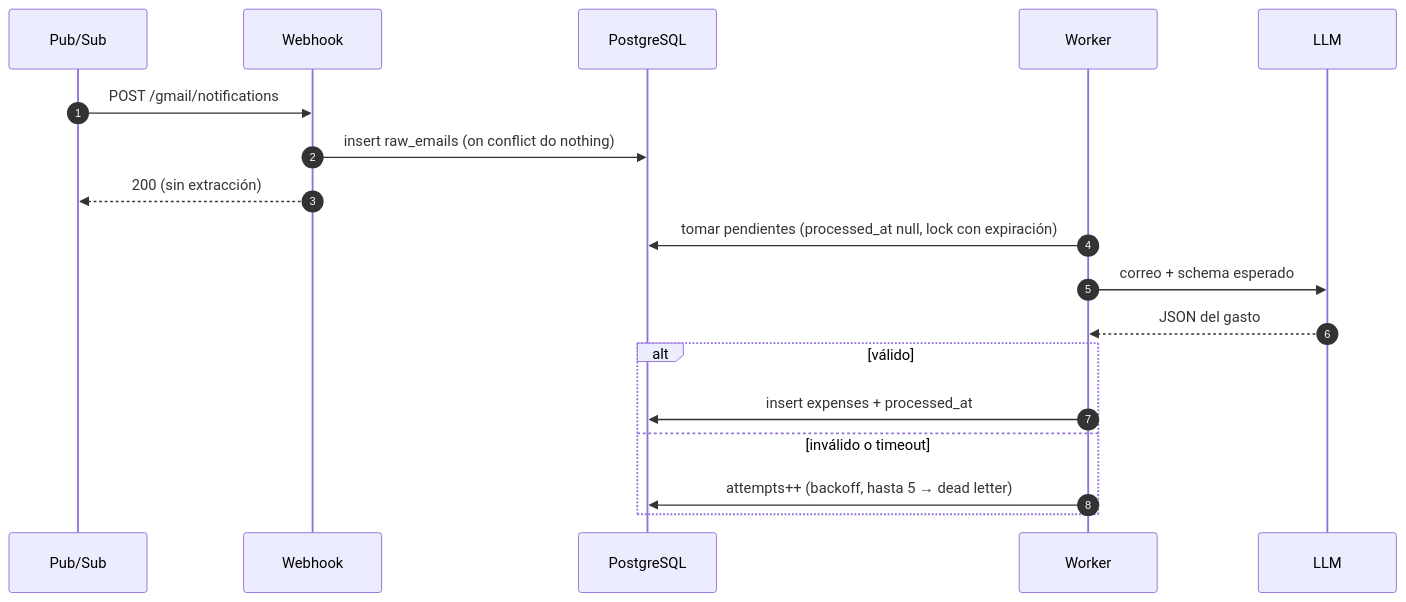
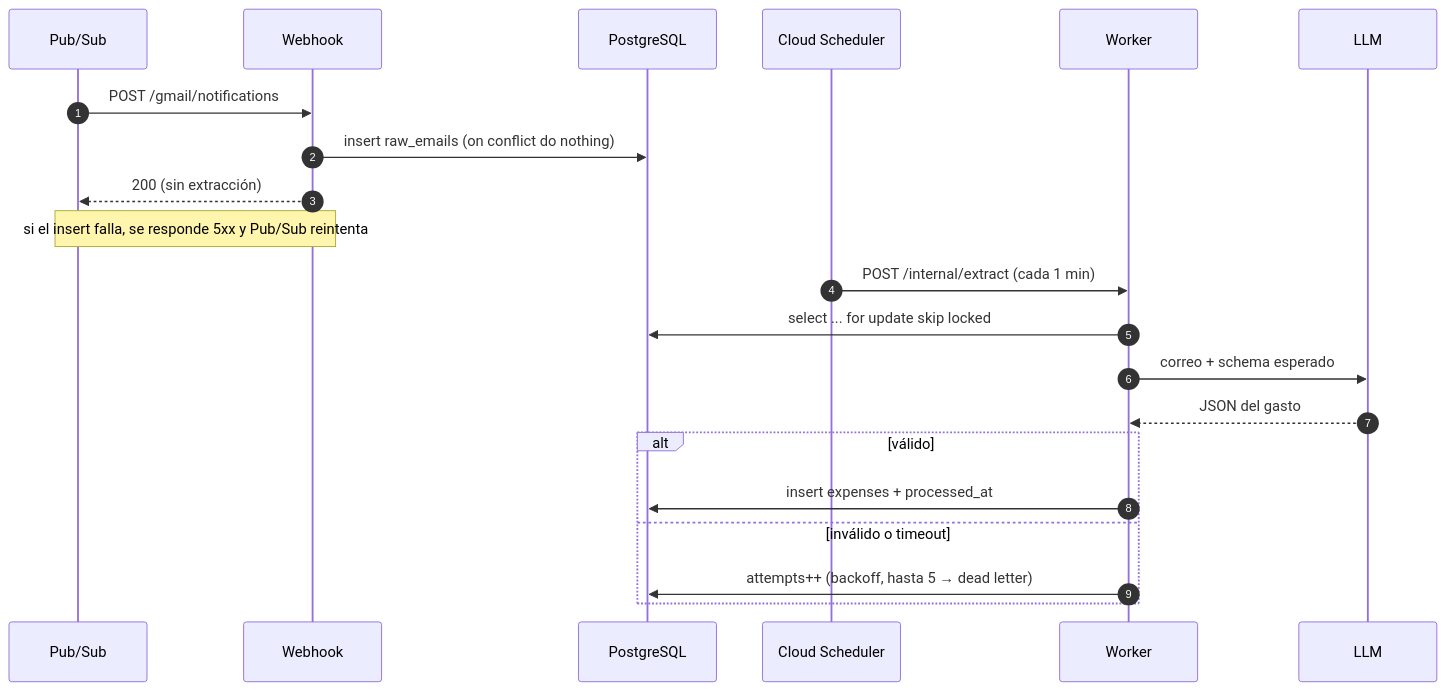
The second of 3 diagrams in docs/architecture.md (fperezlefiman/expense-tracker), drawn with Mermaid before and after one commit. The commit also changed other lines of this file and 3 other files, not shown here.

First line of the commit message:
docs: Pub/Sub is transport only, the table is the job queue (ADR 0008)

````diff
--- a/docs/architecture.md
+++ b/docs/architecture.md
@@ -39,21 +39,24 @@
 ```mermaid
 sequenceDiagram
     autonumber
     participant P as Pub/Sub
     participant W as Webhook
     participant DB as PostgreSQL
+    participant S as Cloud Scheduler
     participant Q as Worker
     participant AI as LLM
 
     P->>W: POST /gmail/notifications
     W->>DB: insert raw_emails (on conflict do nothing)
     W-->>P: 200 (sin extracción)
-    Q->>DB: tomar pendientes (processed_at null, lock con expiración)
+    Note over P,W: si el insert falla, se responde 5xx y Pub/Sub reintenta
+    S->>Q: POST /internal/extract (cada 1 min)
+    Q->>DB: select ... for update skip locked
     Q->>AI: correo + schema esperado
     AI-->>Q: JSON del gasto
     alt válido
         Q->>DB: insert expenses + processed_at
     else inválido o timeout
         Q->>DB: attempts++ (backoff, hasta 5 → dead letter)
     end
 ```
````
